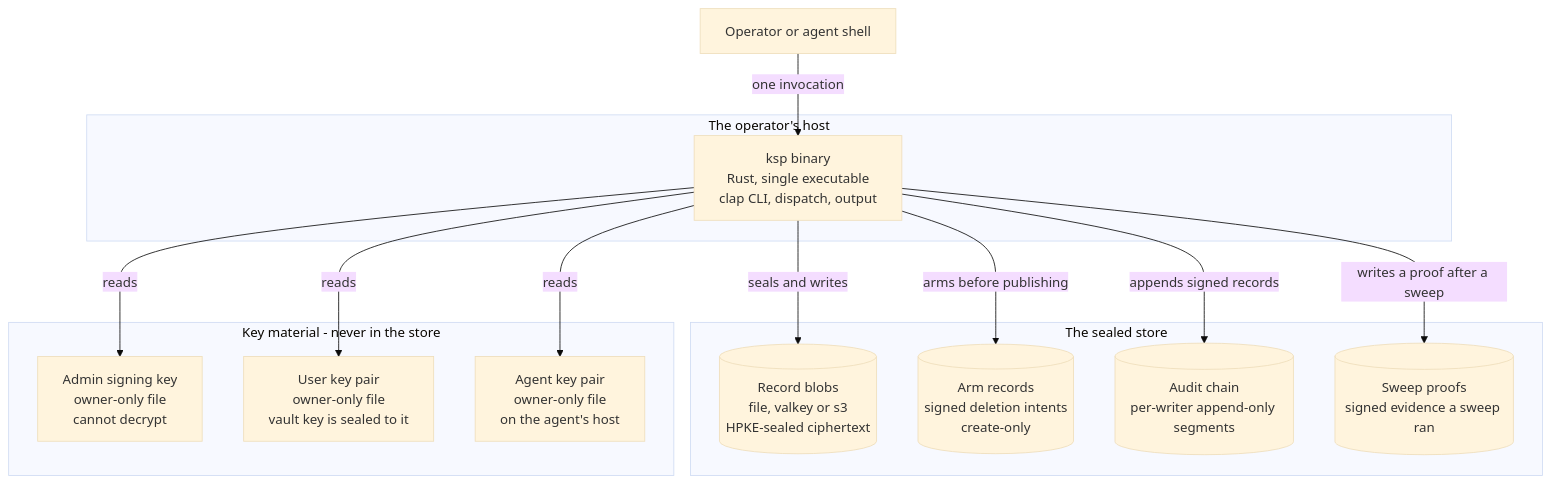
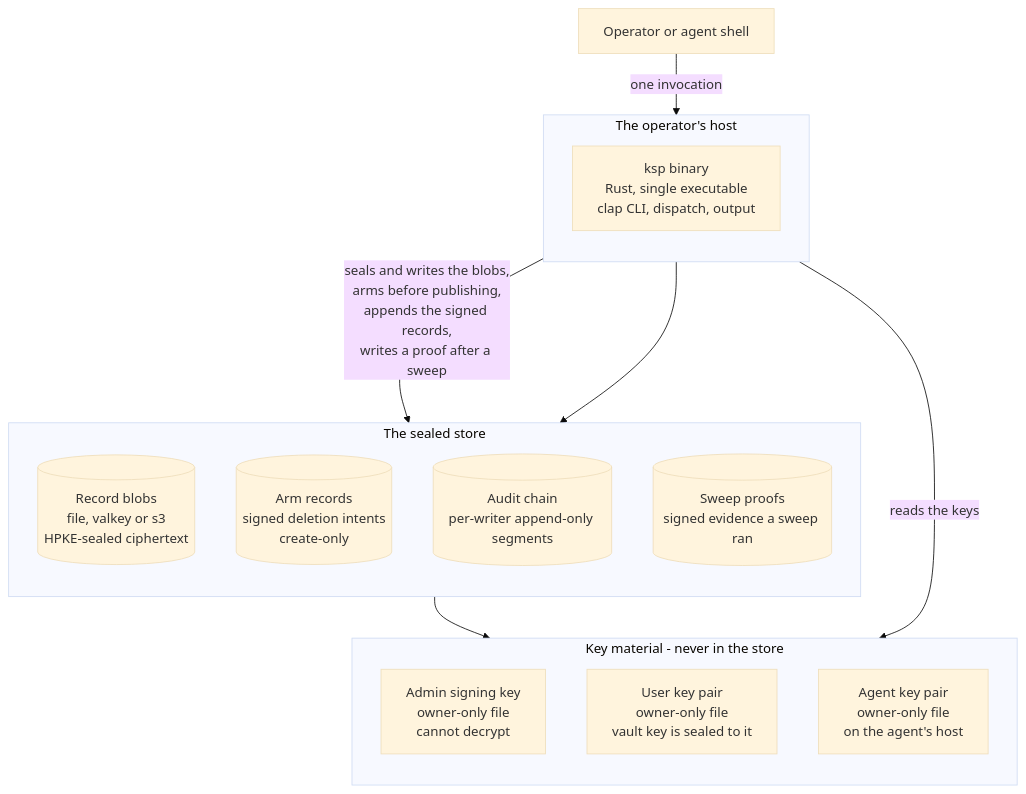
Before and after one commit to bruj0/keyspout: the second of 3 diagrams in site/docs/architecture/overview.md, drawn with Mermaid (base theme). The commit also changed other lines of this file and 15 other files, not shown here.

First line of the commit message:
feat(site): zoom every diagram, and make the wide ones vertical

````diff
--- a/site/docs/architecture/overview.md
+++ b/site/docs/architecture/overview.md
@@ -55,30 +55,31 @@
 ```mermaid
 flowchart TD
   Client["Operator or agent shell"]
 
   subgraph Host["The operator's host"]
+    direction TB
     BIN["ksp binary<br/>Rust, single executable<br/>clap CLI, dispatch, output"]
   end
 
   subgraph Storage["The sealed store"]
+    direction TB
     BLOBS[("Record blobs<br/>file, valkey or s3<br/>HPKE-sealed ciphertext")]
     ARMS[("Arm records<br/>signed deletion intents<br/>create-only")]
     AUDIT[("Audit chain<br/>per-writer append-only segments")]
     PROOFS[("Sweep proofs<br/>signed evidence a sweep ran")]
   end
 
   subgraph Keys["Key material - never in the store"]
+    direction TB
     ADMINKEY["Admin signing key<br/>owner-only file<br/>cannot decrypt"]
     USERKEY["User key pair<br/>owner-only file<br/>vault key is sealed to it"]
     AGENTKEY["Agent key pair<br/>owner-only file<br/>on the agent's host"]
   end
 
   Client -->|"one invocation"| BIN
-  BIN -->|"seals and writes"| BLOBS
-  BIN -->|"arms before publishing"| ARMS
-  BIN -->|"appends signed records"| AUDIT
-  BIN -->|"writes a proof after a sweep"| PROOFS
-  BIN -->|"reads"| ADMINKEY
-  BIN -->|"reads"| USERKEY
-  BIN -->|"reads"| AGENTKEY
+  BIN -->|"seals and writes the blobs,<br/>arms before publishing,<br/>appends the signed records,<br/>writes a proof after a sweep"| Storage
+  BIN -->|"reads the keys"| Keys
+  Storage --> Keys
+  Host --> Storage
+
 ```
````
